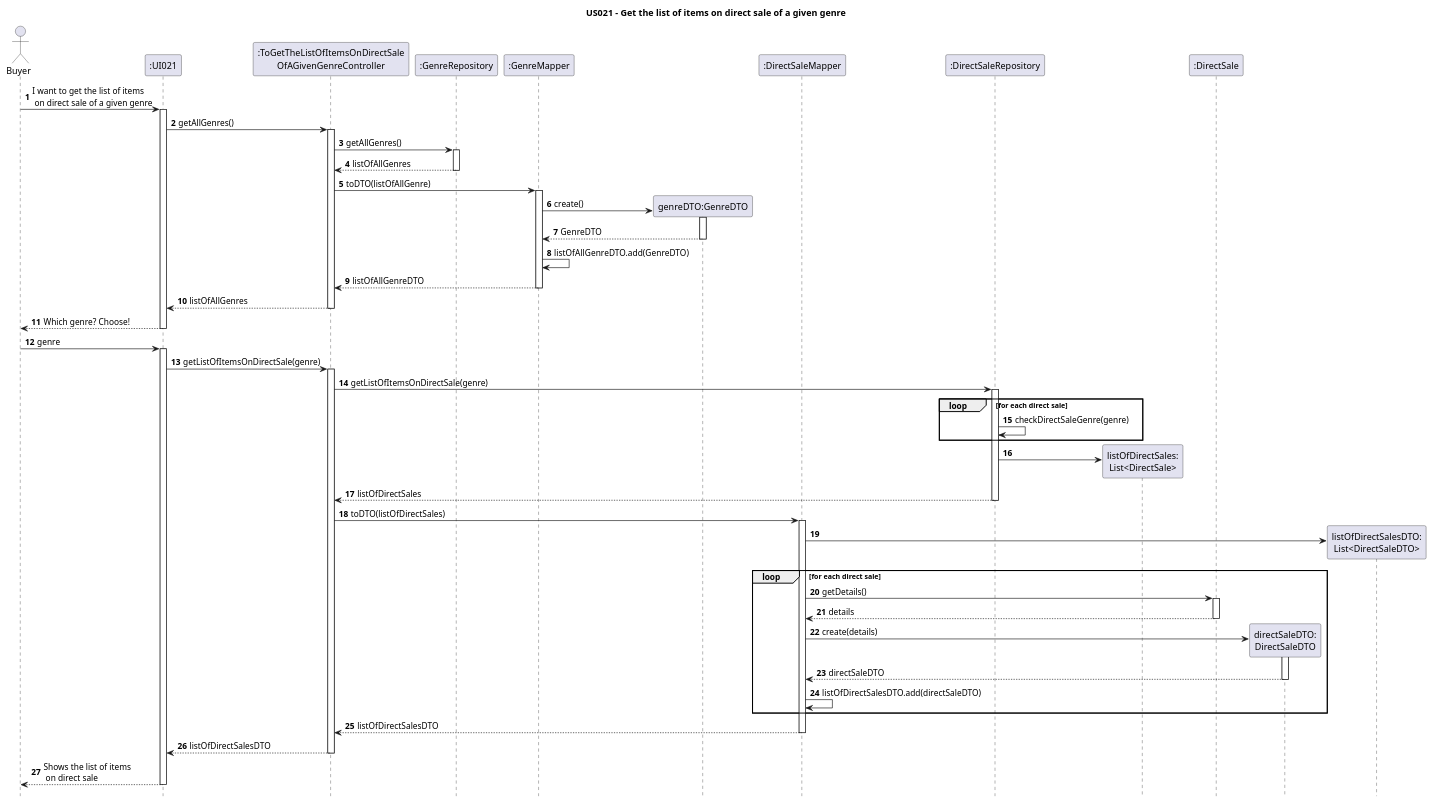
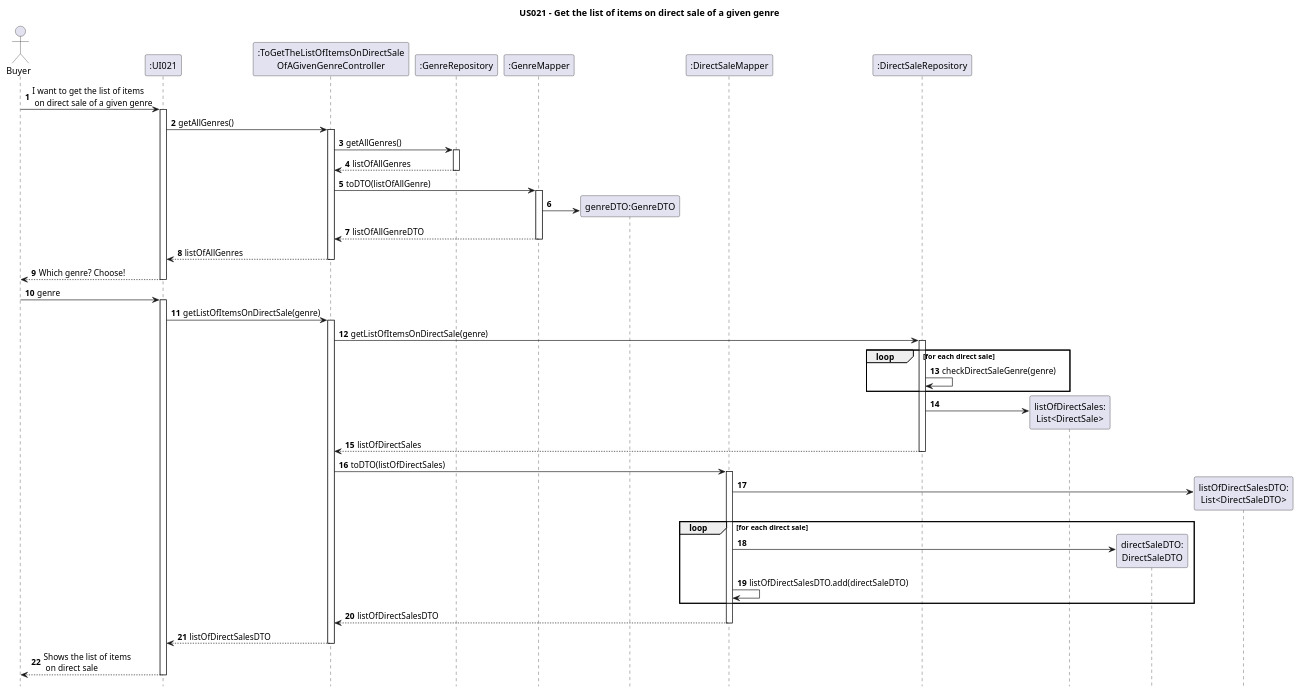
The diagram in Diagrams/SequenceDiagrams/N2/US021-to-get-the-list-of-items-on-direct-sale-of-a-given-genre.puml (AndrePereiraGitH/SWitCH-Project-Team_A), drawn with PlantUML before and after one commit. The commit also changed 7 other files, not shown here.

```diff
--- a/Diagrams/SequenceDiagrams/N2/US021-to-get-the-list-of-items-on-direct-sale-of-a-given-genre.puml
+++ b/Diagrams/SequenceDiagrams/N2/US021-to-get-the-list-of-items-on-direct-sale-of-a-given-genre.puml
@@ -1,94 +1,99 @@
 @startuml
 autonumber
 hide footbox
 title US021 - Get the list of items on direct sale of a given genre
 
 actor Buyer
 
 ' Participants
 participant ":UI021" as UI
 participant ":ToGetTheListOfItemsOnDirectSale\nOfAGivenGenreController" as Ctrl
 participant ":GenreRepository" as GenreRepo
 participant ":GenreMapper" as GenreMapper
 participant "genreDTO:GenreDTO" as GenreDTO
 participant ":DirectSaleMapper" as Mapper
 participant ":DirectSaleRepository" as DirectSaleRepo
 participant "listOfDirectSales:\nList<DirectSale>" as ListDS
-participant ":DirectSale" as DirectSaleDomain
+'participant ":DirectSale" as DirectSaleDomain
 participant "directSaleDTO:\nDirectSaleDTO" as DTO
 participant "listOfDirectSalesDTO:\nList<DirectSaleDTO>" as ListDTO
 
 
 ' Interactions
 Buyer -> UI : I want to get the list of items\n on direct sale of a given genre
 activate UI
 
 UI -> Ctrl : getAllGenres()
 activate Ctrl
 
 Ctrl -> GenreRepo : getAllGenres()
 activate GenreRepo
 GenreRepo --> Ctrl : listOfAllGenres
 deactivate GenreRepo
 
 Ctrl -> GenreMapper: toDTO(listOfAllGenre)
 activate GenreMapper
+/'
 GenreMapper -> GenreDTO ** : create()
 activate GenreDTO
 GenreDTO --> GenreMapper: GenreDTO
 deactivate GenreDTO
 GenreMapper -> GenreMapper : listOfAllGenreDTO.add(GenreDTO)
+'/
+GenreMapper -> GenreDTO **
+
 GenreMapper --> Ctrl: listOfAllGenreDTO
 deactivate GenreMapper
 
 Ctrl --> UI : listOfAllGenres
 deactivate Ctrl
 
 UI --> Buyer : Which genre? Choose!
 deactivate UI
 
 Buyer -> UI : genre
 activate UI
 
 UI -> Ctrl : getListOfItemsOnDirectSale(genre)
 activate Ctrl
 
 Ctrl -> DirectSaleRepo : getListOfItemsOnDirectSale(genre)
 activate DirectSaleRepo
 
 loop for each direct sale
     DirectSaleRepo -> DirectSaleRepo : checkDirectSaleGenre(genre)
 end
 
 DirectSaleRepo -> ListDS ** :
 DirectSaleRepo --> Ctrl : listOfDirectSales
 deactivate DirectSaleRepo
 
 Ctrl -> Mapper : toDTO(listOfDirectSales)
 activate Mapper
 Mapper -> ListDTO ** :
 
     loop for each direct sale
-        Mapper -> DirectSaleDomain : getDetails()
-        activate DirectSaleDomain
-        DirectSaleDomain --> Mapper : details
-        deactivate DirectSaleDomain
+        'Mapper -> DirectSaleDomain : getDetails()
+        'activate DirectSaleDomain
+        'DirectSaleDomain --> Mapper : details
+        'deactivate DirectSaleDomain
 
-        Mapper -> DTO ** : create(details)
-        activate DTO
-        DTO --> Mapper : directSaleDTO
-        deactivate DTO
+        'Mapper -> DTO ** : create(details)
+        Mapper -> DTO **
+        'activate DTO
+        'DTO --> Mapper : directSaleDTO
+        'deactivate DTO
 
         Mapper -> Mapper : listOfDirectSalesDTO.add(directSaleDTO)
     end
 
 Mapper --> Ctrl : listOfDirectSalesDTO
 deactivate Mapper
 
 Ctrl --> UI : listOfDirectSalesDTO
 deactivate Ctrl
 
 UI --> Buyer : Shows the list of items\n on direct sale
 deactivate UI
 
 @enduml
```
